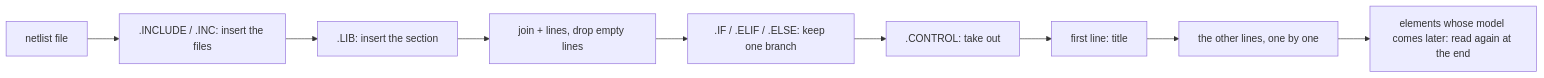
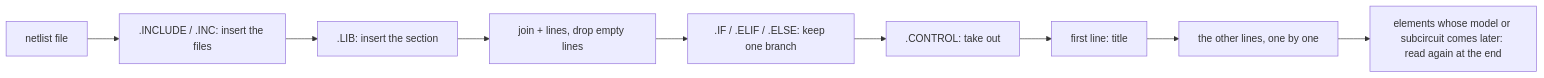
One commit to kurochan001/kirimaspice changed the first of 2 diagrams in docs/REFERENCE_MANUAL.md. Above: the diagram before and after it, drawn with Mermaid. The commit also changed 5 other files, not shown here.

````diff
--- a/docs/REFERENCE_MANUAL.md
+++ b/docs/REFERENCE_MANUAL.md
@@ -93,11 +93,11 @@
   ```mermaid
   flowchart LR
     F[netlist file] --> I[".INCLUDE / .INC: insert the files"]
     I --> L[".LIB: insert the section"]
     L --> C["join + lines, drop empty lines"]
     C --> IF[".IF / .ELIF / .ELSE: keep one branch"]
     IF --> CT[".CONTROL: take out"]
     CT --> T[first line: title]
     T --> R["the other lines, one by one"]
-    R --> D["elements whose model comes later: read again at the end"]
+    R --> D["elements whose model or subcircuit comes later: read again at the end"]
   ```
````
